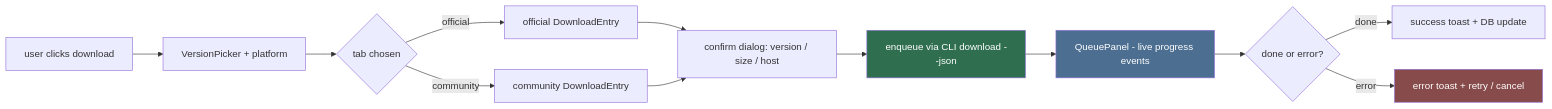
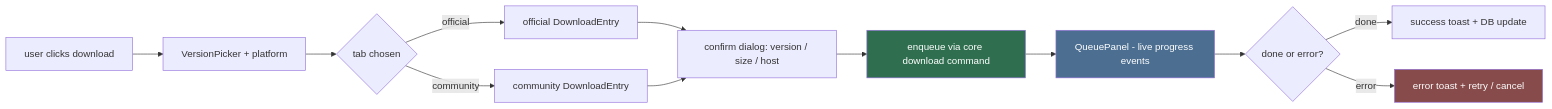
One commit to HELIX-Origin/LewdZone-Launcher changed the third of 4 diagrams in .agents/agents/gui/view-designer/view-designer.md. Above: the diagram before and after it, drawn with Mermaid. The commit also changed other lines of this file and 217 other files, not shown here.

````diff
--- a/.agents/agents/gui/view-designer/view-designer.md
+++ b/.agents/agents/gui/view-designer/view-designer.md
@@ -104,18 +131,18 @@
 ```mermaid
 flowchart LR
     U[user clicks download] --> P[VersionPicker + platform]
     P --> T{tab chosen}
     T -- official --> O[official DownloadEntry]
     T -- community --> C[community DownloadEntry]
     O --> V["confirm dialog: version / size / host"]
     C --> V
-    V --> DQ["enqueue via CLI download --json"]
+    V --> DQ["enqueue via core download command"]
     DQ --> A["QueuePanel - live progress events"]
     A --> E{"done or error?"}
     E -- done --> OK["success toast + DB update"]
     E -- error --> ER["error toast + retry / cancel"]
 
     style DQ fill:#2f6f4f,color:#fff
     style A fill:#4b6e91,color:#fff
     style ER fill:#874b4b,color:#fff
 ```
````
